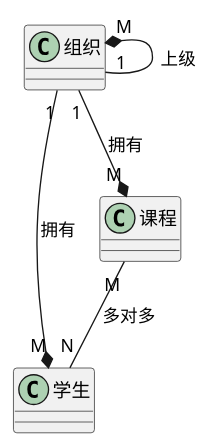
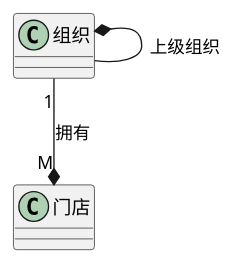
Before and after one commit to hackingwu/vgrails: the diagram in vgrails-docs/src/docs/asciidoc/tutorial.adoc, drawn with PlantUML. The commit also changed other lines of this file and 62 other files, not shown here.

```diff
--- a/vgrails-docs/src/docs/asciidoc/tutorial.adoc
+++ b/vgrails-docs/src/docs/asciidoc/tutorial.adoc
@@ -12,12 +13,5 @@
 [plantuml, org-student-lesson, png]
 ----
-
-class 组织
-class 学生
-class 课程
-
-组织 "M" *-- "1" 组织 : 上级
-组织 "1" --* "M" 学生 : 拥有
-组织 "1" --* "M" 课程 : 拥有
-课程 "M" -- "N" 学生 : 多对多
+组织  *--  组织 :上级组织
+组织 "1" --* "M" 门店 : 拥有
 ----
```
